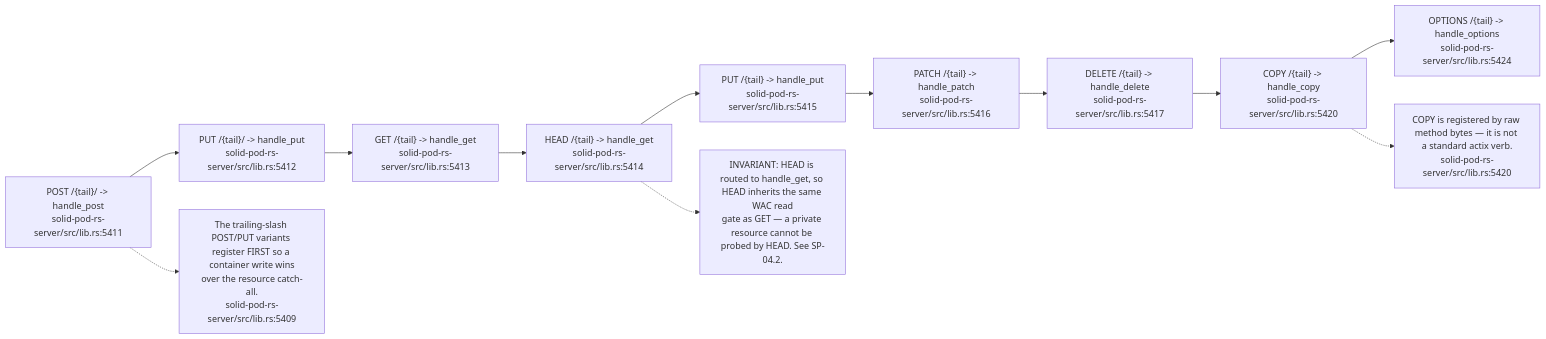
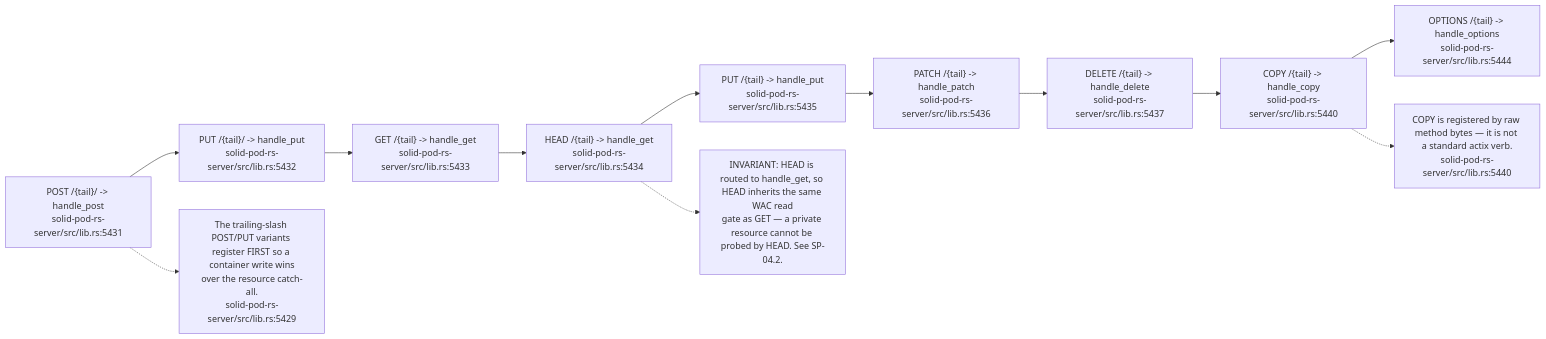
One commit to DreamLab-AI/VisionFlow changed the tenth of 11 diagrams in docs/diagrams/solid-pod-rs/02-server-boot-and-routes.md. Above: the diagram before and after it, drawn with Mermaid. The commit also changed other lines of this file and 47 other files, not shown here.

````diff
--- a/docs/diagrams/solid-pod-rs/02-server-boot-and-routes.md
+++ b/docs/diagrams/solid-pod-rs/02-server-boot-and-routes.md
@@ -285,21 +298,21 @@
 ```mermaid
 flowchart LR
-    P1["POST /{tail}/ -> handle_post<br/>solid-pod-rs-server/src/lib.rs:5411"]
-    P2["PUT /{tail}/ -> handle_put<br/>solid-pod-rs-server/src/lib.rs:5412"]
-    G["GET /{tail} -> handle_get<br/>solid-pod-rs-server/src/lib.rs:5413"]
-    H["HEAD /{tail} -> handle_get<br/>solid-pod-rs-server/src/lib.rs:5414"]
-    PU["PUT /{tail} -> handle_put<br/>solid-pod-rs-server/src/lib.rs:5415"]
-    PA["PATCH /{tail} -> handle_patch<br/>solid-pod-rs-server/src/lib.rs:5416"]
-    DE["DELETE /{tail} -> handle_delete<br/>solid-pod-rs-server/src/lib.rs:5417"]
-    CO["COPY /{tail} -> handle_copy<br/>solid-pod-rs-server/src/lib.rs:5420"]
-    OP["OPTIONS /{tail} -> handle_options<br/>solid-pod-rs-server/src/lib.rs:5424"]
+    P1["POST /{tail}/ -> handle_post<br/>solid-pod-rs-server/src/lib.rs:5431"]
+    P2["PUT /{tail}/ -> handle_put<br/>solid-pod-rs-server/src/lib.rs:5432"]
+    G["GET /{tail} -> handle_get<br/>solid-pod-rs-server/src/lib.rs:5433"]
+    H["HEAD /{tail} -> handle_get<br/>solid-pod-rs-server/src/lib.rs:5434"]
+    PU["PUT /{tail} -> handle_put<br/>solid-pod-rs-server/src/lib.rs:5435"]
+    PA["PATCH /{tail} -> handle_patch<br/>solid-pod-rs-server/src/lib.rs:5436"]
+    DE["DELETE /{tail} -> handle_delete<br/>solid-pod-rs-server/src/lib.rs:5437"]
+    CO["COPY /{tail} -> handle_copy<br/>solid-pod-rs-server/src/lib.rs:5440"]
+    OP["OPTIONS /{tail} -> handle_options<br/>solid-pod-rs-server/src/lib.rs:5444"]
 
     P1 --> P2 --> G --> H --> PU --> PA --> DE --> CO --> OP
 
-    N1["The trailing-slash POST/PUT variants register FIRST so a container write wins\nover the resource catch-all.<br/>solid-pod-rs-server/src/lib.rs:5409"]
+    N1["The trailing-slash POST/PUT variants register FIRST so a container write wins\nover the resource catch-all.<br/>solid-pod-rs-server/src/lib.rs:5429"]
     P1 -.-> N1
     N2["INVARIANT: HEAD is routed to handle_get, so HEAD inherits the same WAC read\ngate as GET — a private resource cannot be probed by HEAD. See SP-04.2."]
     H -.-> N2
-    N3["COPY is registered by raw method bytes — it is not a standard actix verb.<br/>solid-pod-rs-server/src/lib.rs:5420"]
+    N3["COPY is registered by raw method bytes — it is not a standard actix verb.<br/>solid-pod-rs-server/src/lib.rs:5440"]
     CO -.-> N3
 ```
````
